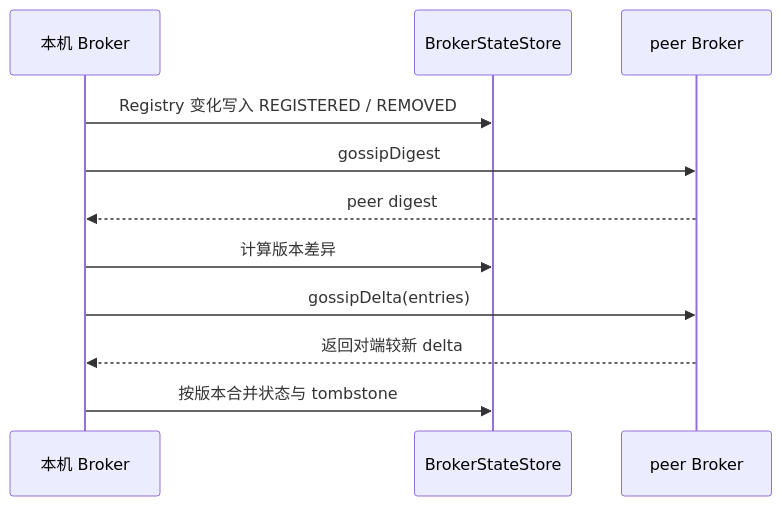
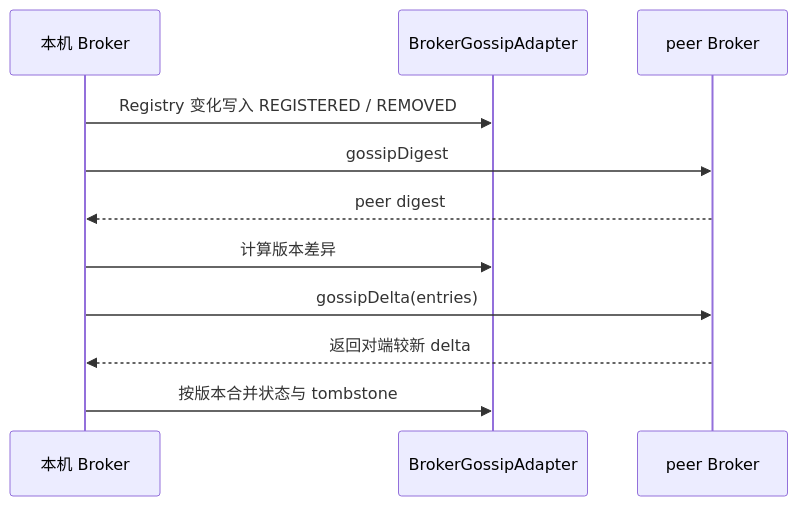
The tenth of 18 diagrams in im-broker/ARCHITECTURE.md (kc-co9/im-chat), drawn with Mermaid before and after one commit. The commit also changed other lines of this file and 548 other files, not shown here.

````diff
--- a/im-broker/ARCHITECTURE.md
+++ b/im-broker/ARCHITECTURE.md
@@ -436,13 +518,13 @@
 ```mermaid
 sequenceDiagram
     participant Local as 本机 Broker
-    participant Store as BrokerStateStore
+    participant Store as BrokerGossipAdapter
     participant Peer as peer Broker
     Local->>Store: Registry 变化写入 REGISTERED / REMOVED
     Local->>Peer: gossipDigest
     Peer-->>Local: peer digest
     Local->>Store: 计算版本差异
     Local->>Peer: gossipDelta(entries)
     Peer-->>Local: 返回对端较新 delta
     Local->>Store: 按版本合并状态与 tombstone
 ```
````
